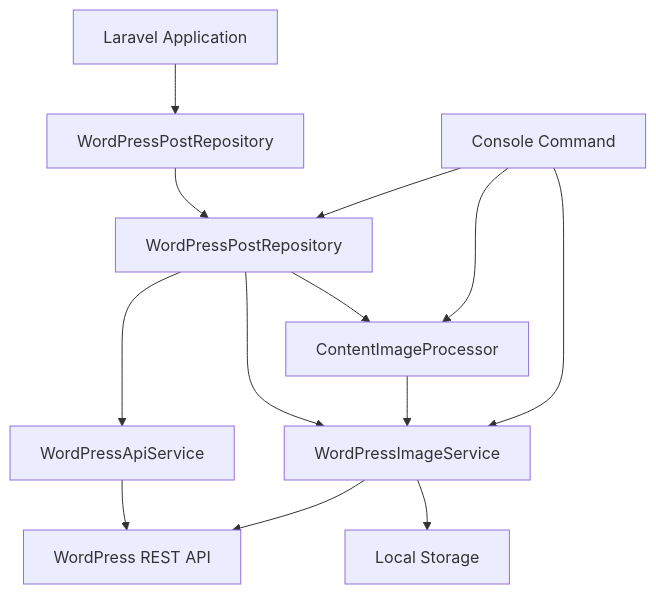
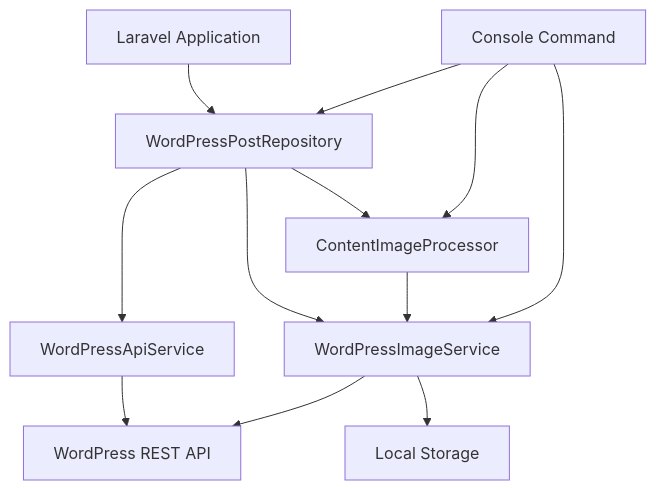
Before and after one commit to kalprajsolutions/laravel-wordpress-cda: the first of 2 diagrams in README.md, drawn with Mermaid. The commit also changed other lines of this file and 7 other files, not shown here.

````diff
--- a/README.md
+++ b/README.md
@@ -196,16 +286,15 @@
 ```mermaid
 graph TB
     A[Laravel Application] --> B[WordPressPostRepository]
-    B --> C[WordPressPostRepository]
-    C --> D[WordPressApiService]
-    C --> E[WordPressImageService]
+    B --> D[WordPressApiService]
+    B --> E[WordPressImageService]
     D --> F[WordPress REST API]
     E --> G[Local Storage]
     E --> F
-    C --> H[ContentImageProcessor]
+    B --> H[ContentImageProcessor]
     H --> E
 
-    I[Console Command] --> C
+    I[Console Command] --> B
     I --> E
     I --> H
 ```
````
